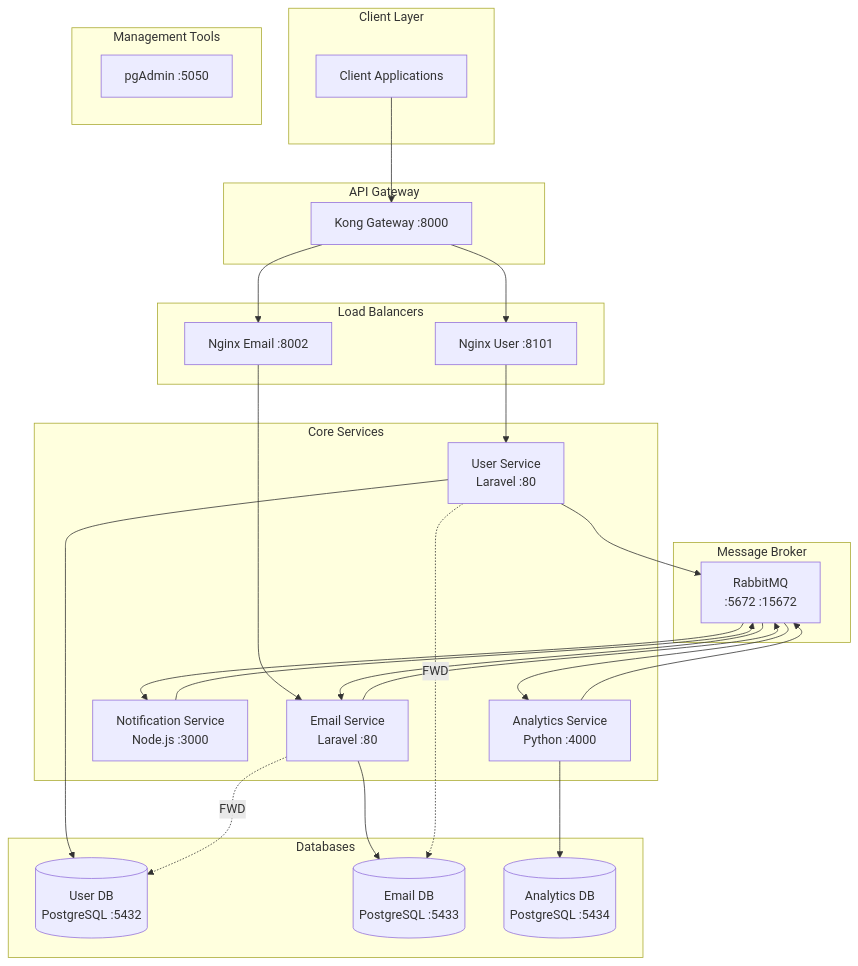
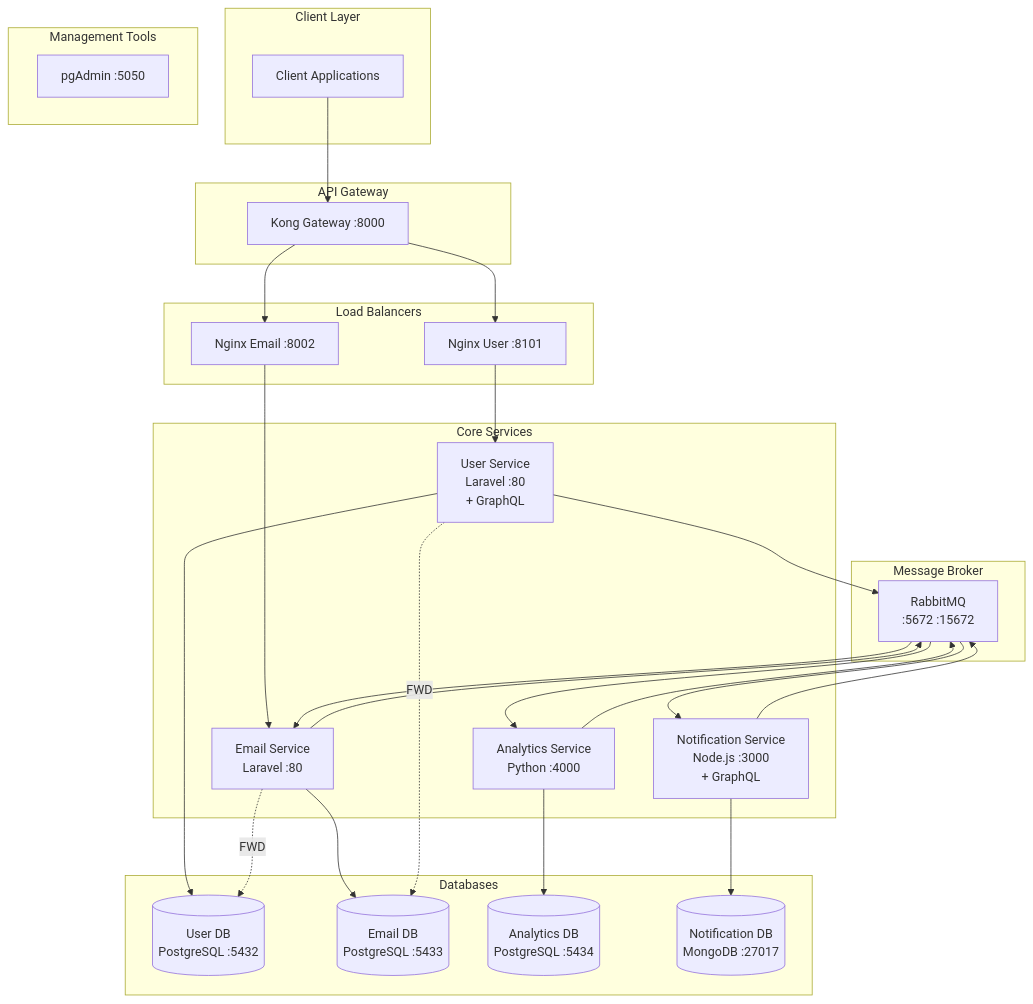
Before and after one commit to tonymans33/microservices-rabbitmq: the first of 2 diagrams in README.md, drawn with Mermaid. The commit also changed other lines of this file and 3680 other files, not shown here.

Commit message:
adding graphql

````diff
--- a/README.md
+++ b/README.md
@@ -61,58 +67,60 @@
 ```mermaid
 graph TB
     subgraph "Client Layer"
         C[Client Applications]
     end
     
     subgraph "API Gateway"
         K[Kong Gateway :8000]
     end
     
     subgraph "Load Balancers"
         N1[Nginx User :8101]
         N2[Nginx Email :8002]
     end
     
     subgraph "Core Services"
-        US[User Service<br/>Laravel :80]
+        US[User Service<br/>Laravel :80<br/>+ GraphQL]
         ES[Email Service<br/>Laravel :80]
-        NS[Notification Service<br/>Node.js :3000]
+        NS[Notification Service<br/>Node.js :3000<br/>+ GraphQL]
         AS[Analytics Service<br/>Python :4000]
     end
     
     subgraph "Message Broker"
         RMQ[RabbitMQ<br/>:5672 :15672]
     end
     
     subgraph "Databases"
         UDB[(User DB<br/>PostgreSQL :5432)]
         EDB[(Email DB<br/>PostgreSQL :5433)]
         ADB[(Analytics DB<br/>PostgreSQL :5434)]
+        MDB[(Notification DB<br/>MongoDB :27017)]
     end
     
     subgraph "Management Tools"
         PG[pgAdmin :5050]
     end
     
     C --> K
     K --> N1
     K --> N2
     N1 --> US
     N2 --> ES
     
     US --> RMQ
     ES --> RMQ
     NS --> RMQ
     AS --> RMQ
     
     US --> UDB
     ES --> EDB
     AS --> ADB
+    NS --> MDB
     
     US -.->|FWD| EDB
     ES -.->|FWD| UDB
     
     RMQ --> NS
     RMQ --> AS
     RMQ --> ES
 ```
````
